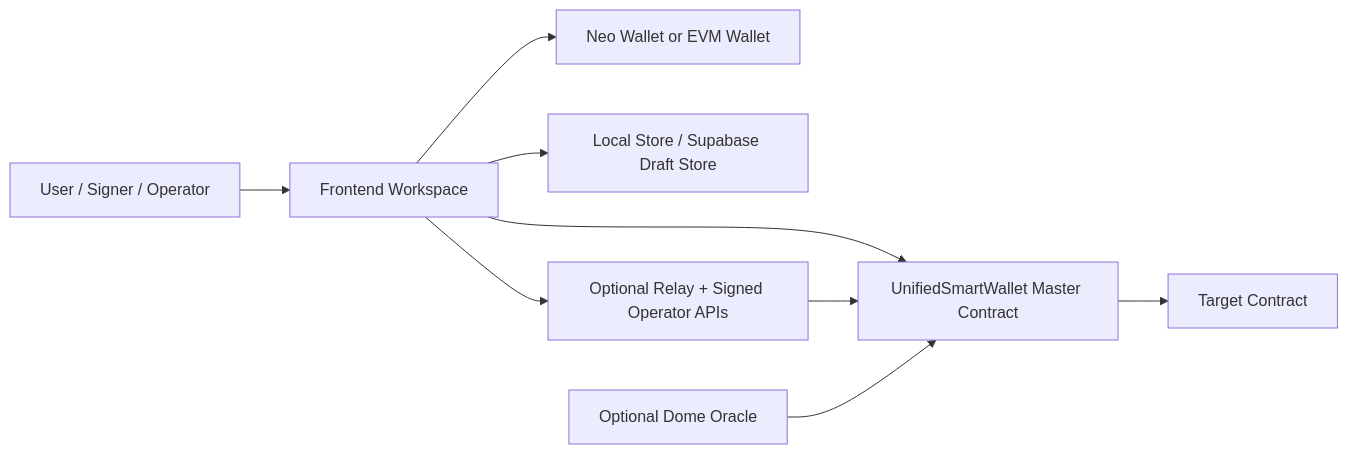
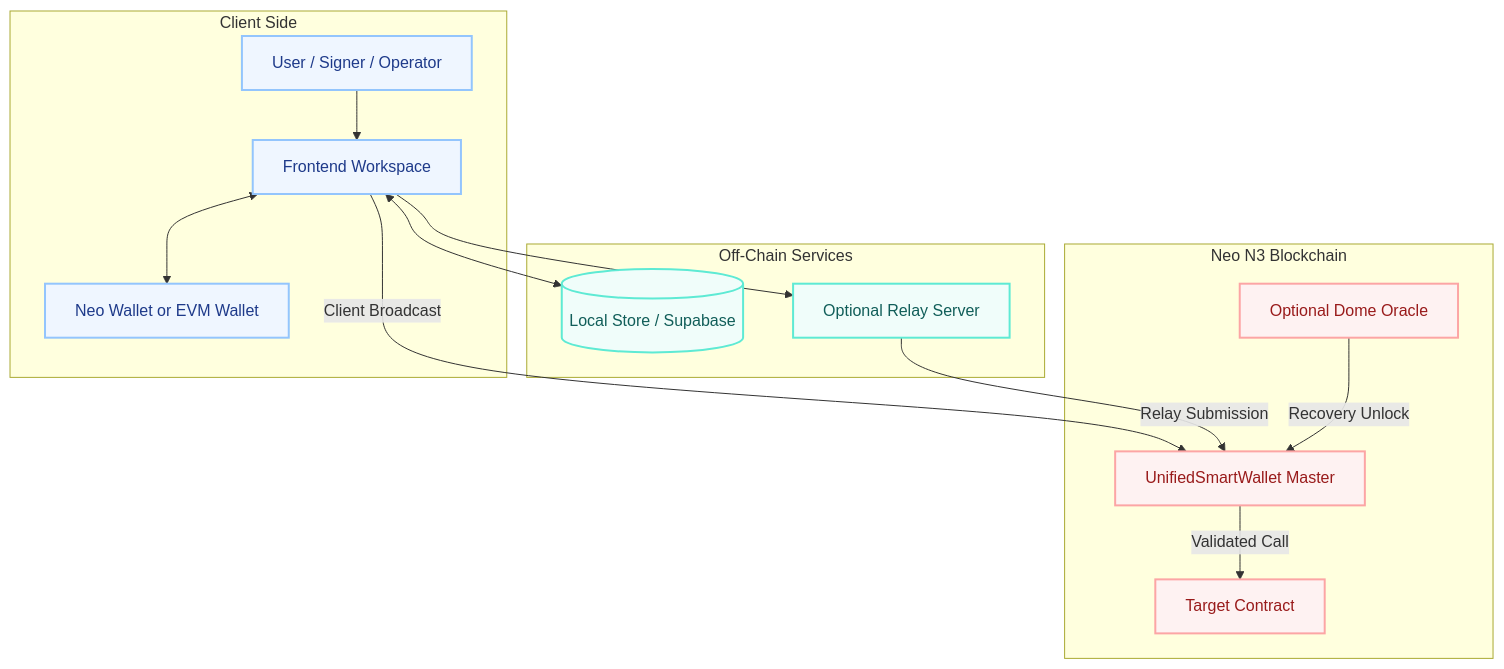
Before and after one commit to r3e-network/neo-abstract-account: the first of 3 diagrams in docs/architecture.md, drawn with Mermaid. The commit also changed other lines of this file and 9 other files, not shown here.

````diff
--- a/docs/architecture.md
+++ b/docs/architecture.md
@@ -9,20 +9,40 @@
 ```mermaid
-flowchart LR
-  User[User / Signer / Operator]
-  Browser[Frontend Workspace]
-  Wallet[Neo Wallet or EVM Wallet]
-  Drafts[Local Store / Supabase Draft Store]
-  Relay[Optional Relay + Signed Operator APIs]
-  Master[UnifiedSmartWallet Master Contract]
-  Target[Target Contract]
-  Oracle[Optional Dome Oracle]
+flowchart TD
+  subgraph Client [Client Side]
+    User[User / Signer / Operator]
+    Browser[Frontend Workspace]
+    Wallet[Neo Wallet or EVM Wallet]
+  end
 
+  subgraph OffChain [Off-Chain Services]
+    Drafts[(Local Store / Supabase)]
+    Relay[Optional Relay Server]
+  end
+
+  subgraph OnChain [Neo N3 Blockchain]
+    Master[UnifiedSmartWallet Master]
+    Target[Target Contract]
+    Oracle[Optional Dome Oracle]
+  end
+
+  %% Client Flow
   User --> Browser
-  Browser --> Wallet
-  Browser --> Drafts
+  Browser <--> Wallet
+  Browser <--> Drafts
   Browser --> Relay
-  Browser --> Master
-  Relay --> Master
-  Master --> Target
-  Oracle --> Master
+
+  %% Execution Flow
+  Browser -->|Client Broadcast| Master
+  Relay -->|Relay Submission| Master
+  Master -->|Validated Call| Target
+  Oracle -->|Recovery Unlock| Master
+
+  classDef client fill:#eff6ff,stroke:#93c5fd,stroke-width:2px,color:#1e3a8a
+  classDef offchain fill:#f0fdfa,stroke:#5eead4,stroke-width:2px,color:#115e59
+  classDef onchain fill:#fef2f2,stroke:#fca5a5,stroke-width:2px,color:#991b1b
+  classDef default fill:#ffffff,stroke:#cbd5e1,stroke-width:2px,color:#0f172a
+
+  class User,Browser,Wallet client
+  class Drafts,Relay offchain
+  class Master,Target,Oracle onchain
 ```
````
